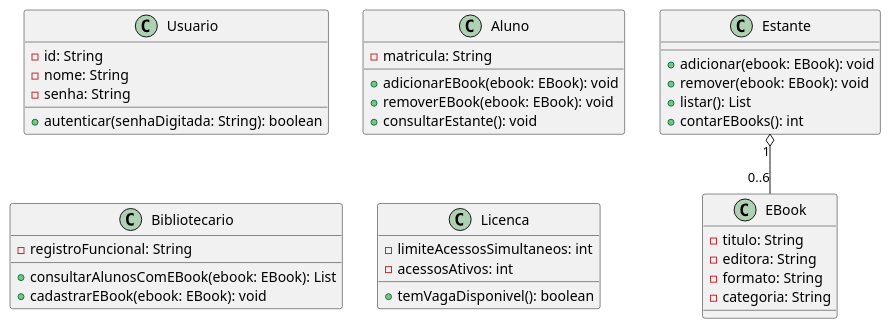
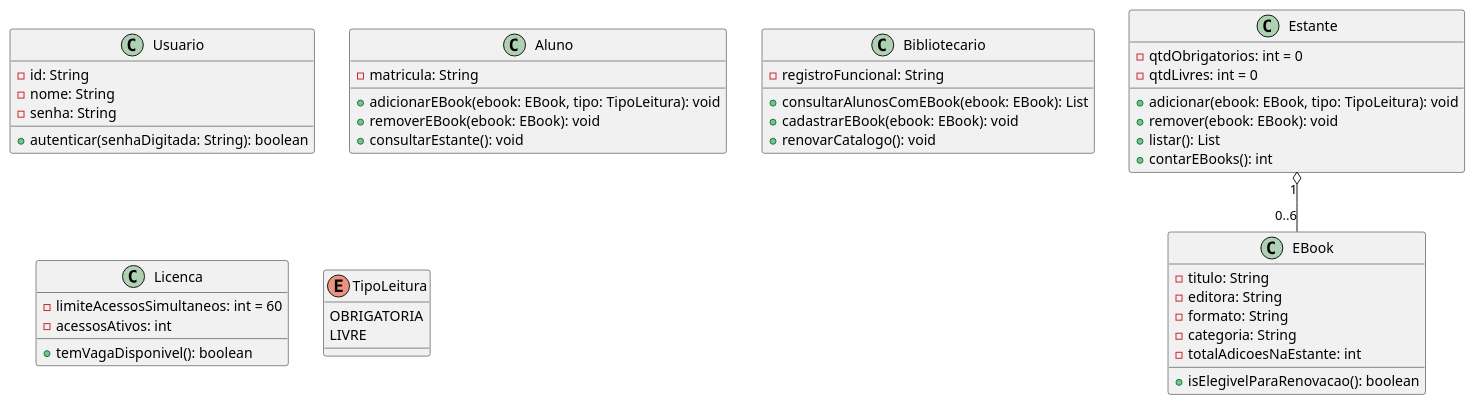
The diagram in docs/diagramas/diagrama-de-classes.puml (najarhenrique/lab01-ebooks-biblioteca), drawn with PlantUML before and after one commit. The commit also changed 1 other file, not shown here.

Commit message:
inclusao de atributos e enumerador de leitura

```diff
--- a/docs/diagramas/diagrama-de-classes.puml
+++ b/docs/diagramas/diagrama-de-classes.puml
@@ -1,45 +1,55 @@
 @startuml diagrama_de_classes_ebooks
 
 class Usuario {
   - id: String
   - nome: String
   - senha: String
   + autenticar(senhaDigitada: String): boolean
 }
 
 class Aluno {
   - matricula: String
-  + adicionarEBook(ebook: EBook): void
+  + adicionarEBook(ebook: EBook, tipo: TipoLeitura): void
   + removerEBook(ebook: EBook): void
   + consultarEstante(): void
 }
 
 class Bibliotecario {
   - registroFuncional: String
   + consultarAlunosComEBook(ebook: EBook): List
   + cadastrarEBook(ebook: EBook): void
+  + renovarCatalogo(): void
 }
 
 class EBook {
   - titulo: String
   - editora: String
   - formato: String
   - categoria: String
+  - totalAdicoesNaEstante: int
+  + isElegivelParaRenovacao(): boolean
 }
 
 class Licenca {
-  - limiteAcessosSimultaneos: int
+  - limiteAcessosSimultaneos: int = 60
   - acessosAtivos: int
   + temVagaDisponivel(): boolean
 }
 
 class Estante {
-  + adicionar(ebook: EBook): void
+  - qtdObrigatorios: int = 0
+  - qtdLivres: int = 0
+  + adicionar(ebook: EBook, tipo: TipoLeitura): void
   + remover(ebook: EBook): void
   + listar(): List
   + contarEBooks(): int
 }
 
+enum TipoLeitura {
+  OBRIGATORIA
+  LIVRE
+}
+
 Estante "1" o-- "0..6" EBook
 
 @enduml
```
